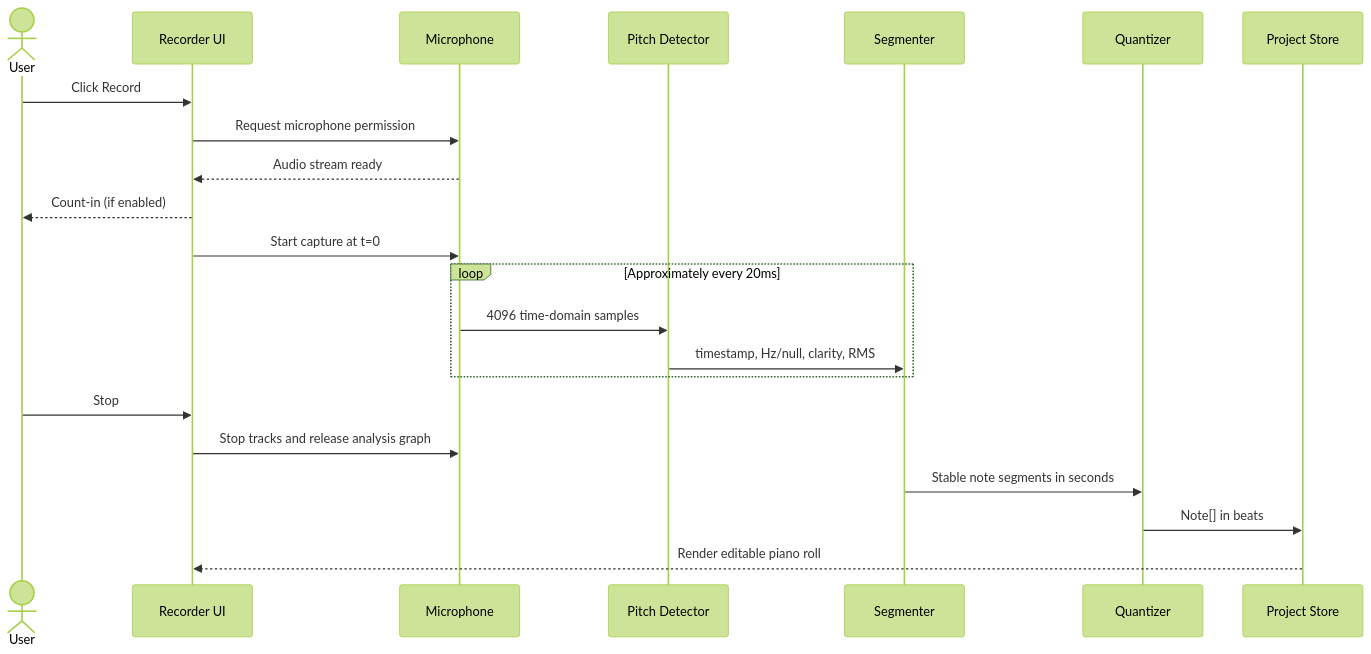
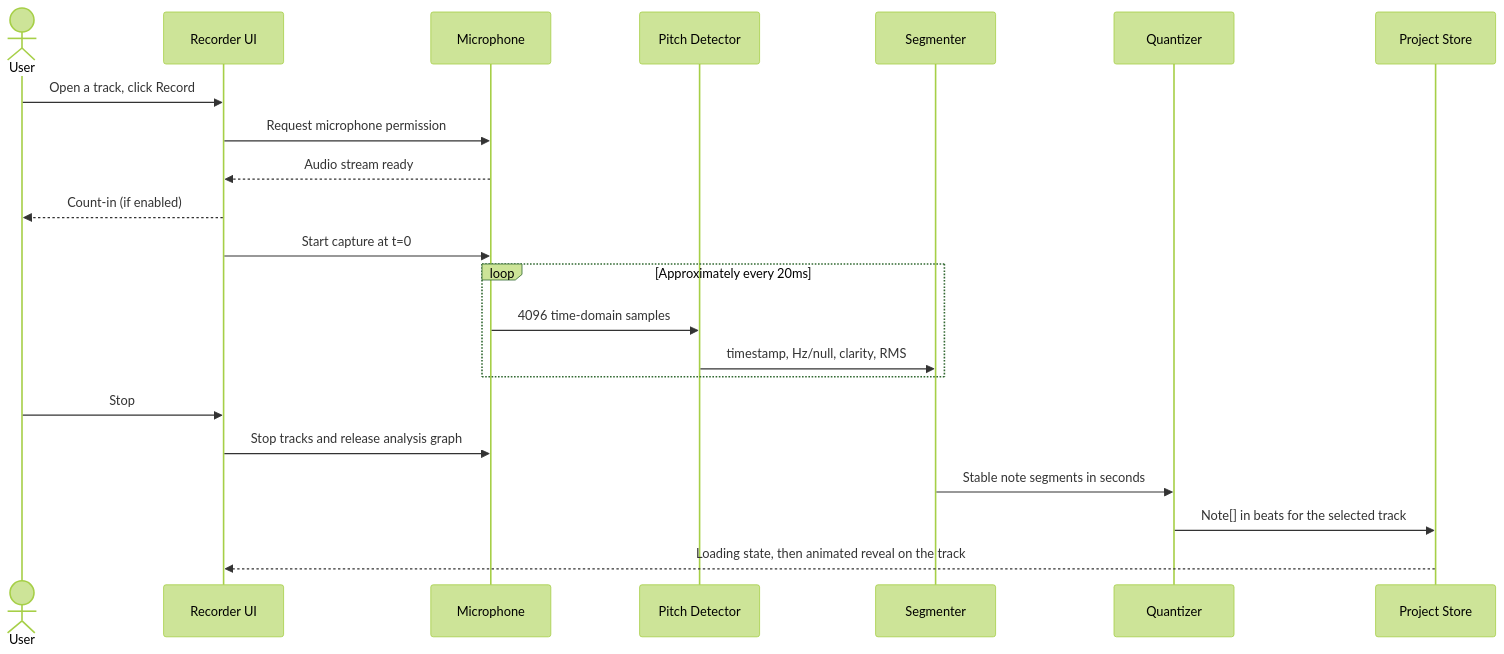
The second of 2 diagrams in SOFTWARE_DESIGN_DOCUMENT.md (DanDiaz123/HackRu-HumStudio), drawn with Mermaid (forest theme) before and after one commit. The commit also changed other lines of this file and 6 other files, not shown here.

````diff
--- a/SOFTWARE_DESIGN_DOCUMENT.md
+++ b/SOFTWARE_DESIGN_DOCUMENT.md
@@ -137,24 +140,24 @@
 ```mermaid
 sequenceDiagram
     actor User
     participant UI as Recorder UI
     participant Mic as Microphone
     participant Pitch as Pitch Detector
     participant Seg as Segmenter
     participant Quant as Quantizer
     participant Store as Project Store
-    User->>UI: Click Record
+    User->>UI: Open a track, click Record
     UI->>Mic: Request microphone permission
     Mic-->>UI: Audio stream ready
     UI-->>User: Count-in (if enabled)
     UI->>Mic: Start capture at t=0
     loop Approximately every 20ms
         Mic->>Pitch: 4096 time-domain samples
         Pitch->>Seg: timestamp, Hz/null, clarity, RMS
     end
     User->>UI: Stop
     UI->>Mic: Stop tracks and release analysis graph
     Seg->>Quant: Stable note segments in seconds
-    Quant->>Store: Note[] in beats
-    Store-->>UI: Render editable piano roll
+    Quant->>Store: Note[] in beats for the selected track
+    Store-->>UI: Loading state, then animated reveal on the track
 ```
````
